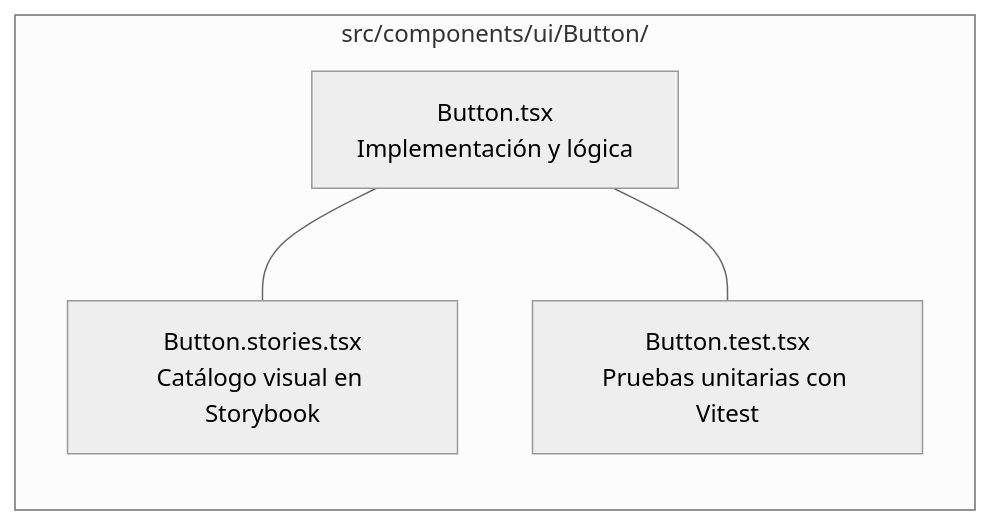
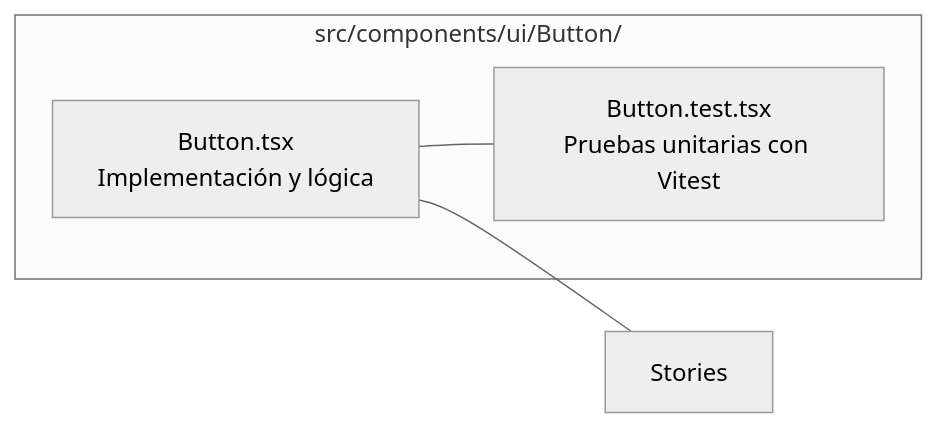
One commit to Petra761/GorilaType changed the fifth of 5 diagrams in CONTRIBUTING.md. Above: the diagram before and after it, drawn with Mermaid (neutral theme). The commit also changed other lines of this file and 13 other files, not shown here.

````diff
--- a/CONTRIBUTING.md
+++ b/CONTRIBUTING.md
@@ -288,11 +287,10 @@
 ```mermaid
 flowchart LR
     subgraph ComponentFolder["src/components/ui/Button/"]
         Component["Button.tsx\nImplementación y lógica"]
-        Stories["Button.stories.tsx\nCatálogo visual en Storybook"]
         Tests["Button.test.tsx\nPruebas unitarias con Vitest"]
     end
 
     Component --- Stories
     Component --- Tests
 ```
````
